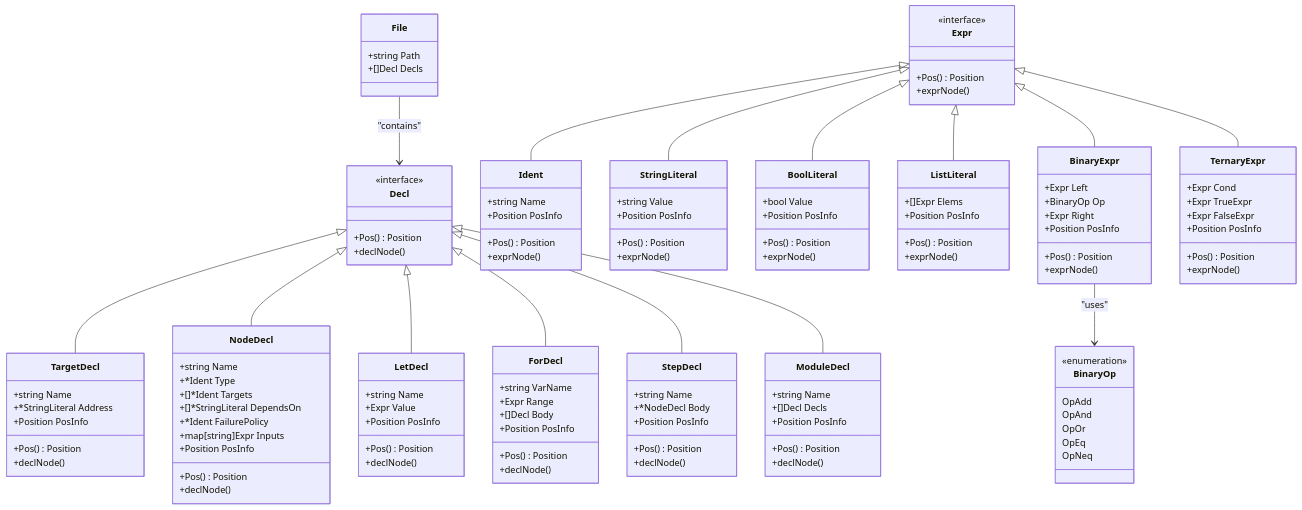
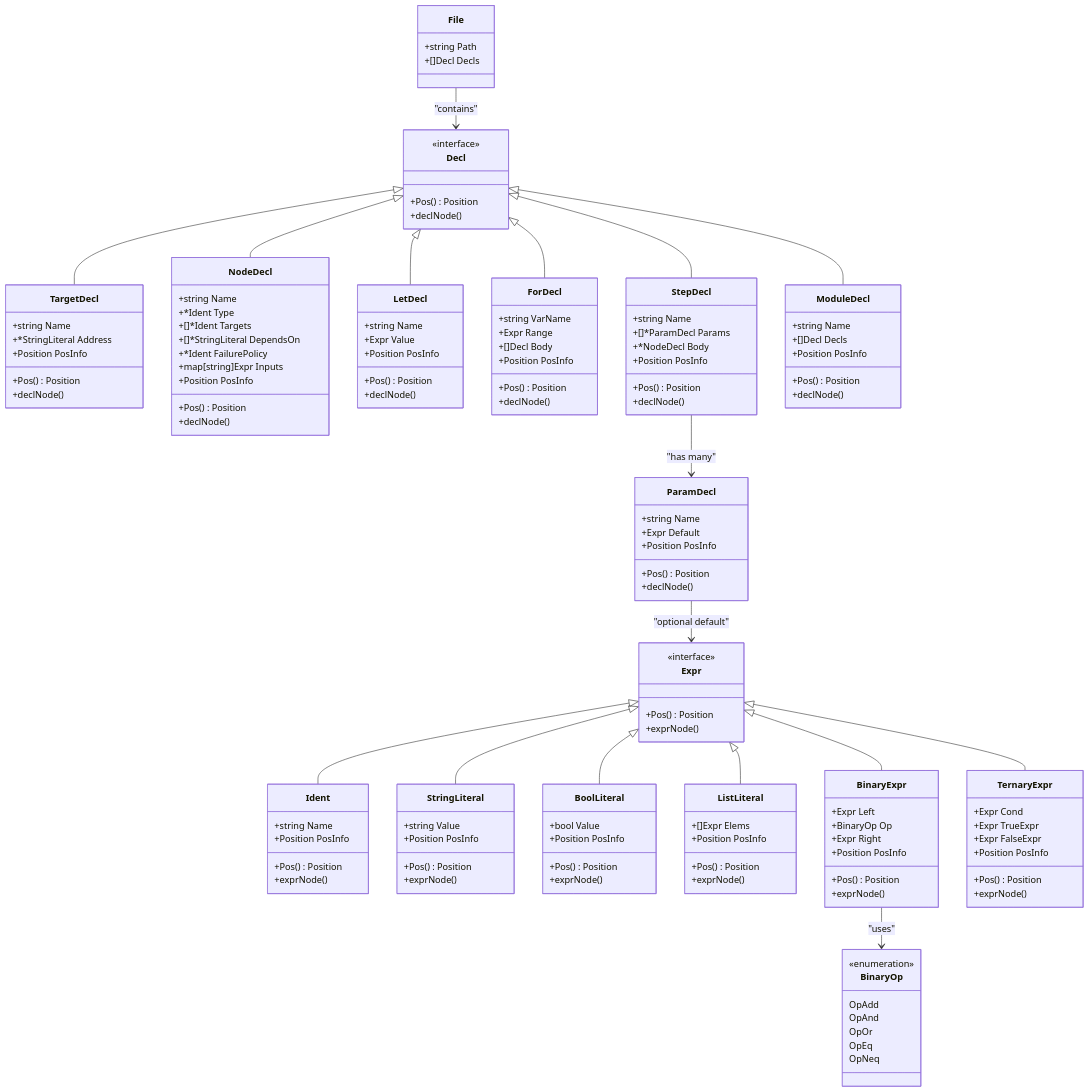
One commit to ahmednour1430464/dotdevops changed the fourth of 8 diagrams in .qoder/repowiki/en/content/.devops Language Reference/Language Syntax and Grammar.md. Above: the diagram before and after it, drawn with Mermaid. The commit also changed other lines of this file and 12 other files, not shown here.

```diff
--- a/.qoder/repowiki/en/content/.devops Language Reference/Language Syntax and Grammar.md
+++ b/.qoder/repowiki/en/content/.devops Language Reference/Language Syntax and Grammar.md
@@ -280,8 +322,16 @@
 +Pos() Position
 +declNode()
 }
+class ParamDecl {
++string Name
++Expr Default
++Position PosInfo
++Pos() Position
++declNode()
+}
 class StepDecl {
 +string Name
++[]*ParamDecl Params
 +*NodeDecl Body
 +Position PosInfo
 +Pos() Position
@@ -354,6 +404,8 @@
 Decl <|-- ForDecl
 Decl <|-- StepDecl
 Decl <|-- ModuleDecl
+StepDecl --> ParamDecl : "has many"
+ParamDecl --> Expr : "optional default"
 Expr <|-- Ident
 Expr <|-- StringLiteral
 Expr <|-- BoolLiteral
```
